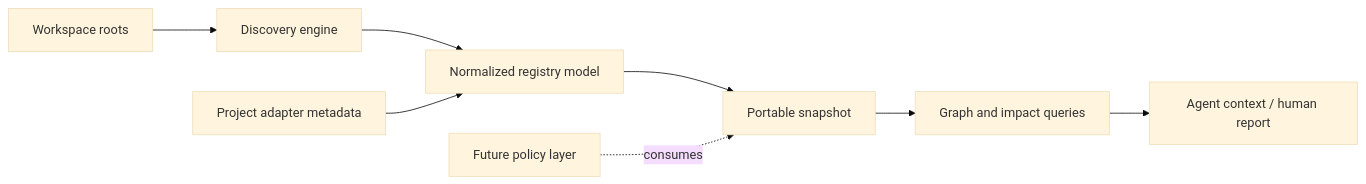
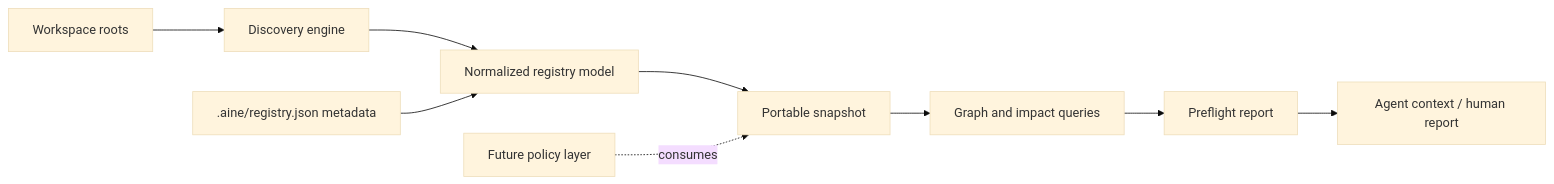
Before and after one commit to williamlabdev/aine-registry: the first of 2 diagrams in docs/BLUEPRINT.md, drawn with Mermaid (base theme). The commit also changed other lines of this file and 6 other files, not shown here.

Commit message:
feat: add project metadata and preflight

````diff
--- a/docs/BLUEPRINT.md
+++ b/docs/BLUEPRINT.md
@@ -13,10 +13,11 @@
 ```mermaid
 flowchart LR
     W[Workspace roots] --> D[Discovery engine]
     D --> N[Normalized registry model]
     N --> S[Portable snapshot]
     S --> Q[Graph and impact queries]
-    Q --> C[Agent context / human report]
-    M[Project adapter metadata] --> N
+    Q --> F[Preflight report]
+    F --> C[Agent context / human report]
+    M[.aine/registry.json metadata] --> N
     P[Future policy layer] -. consumes .-> S
 ```
````
